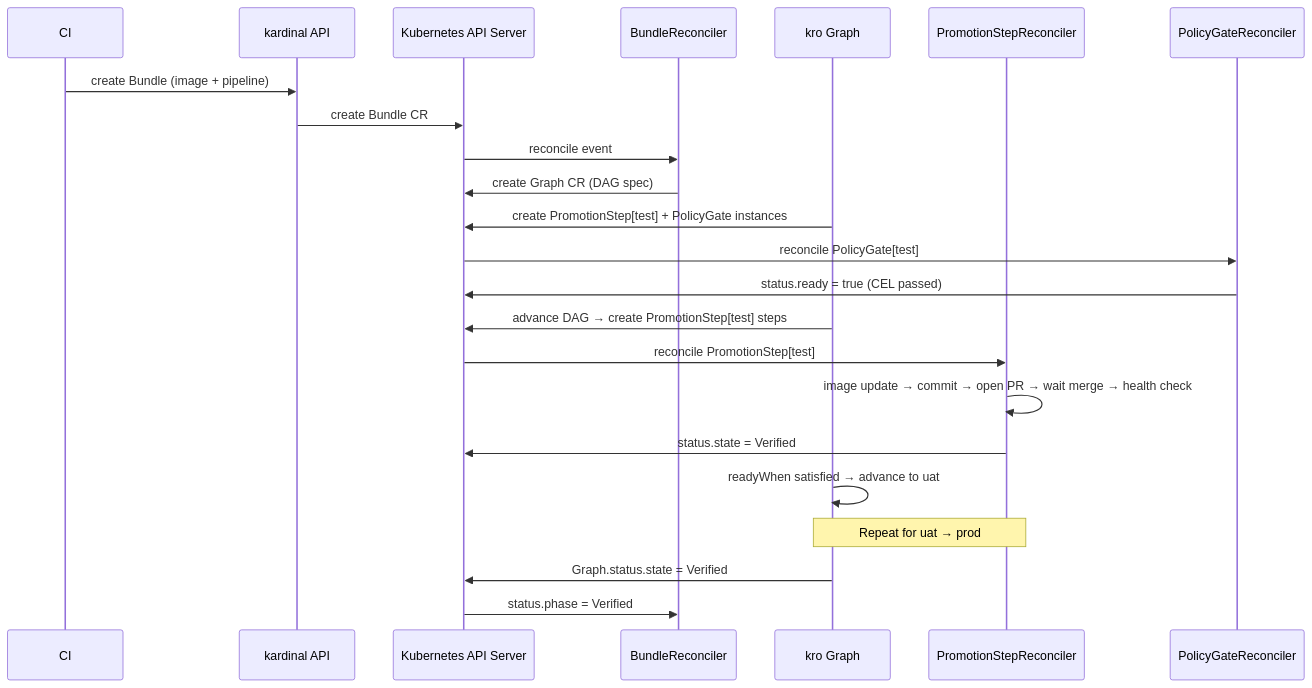
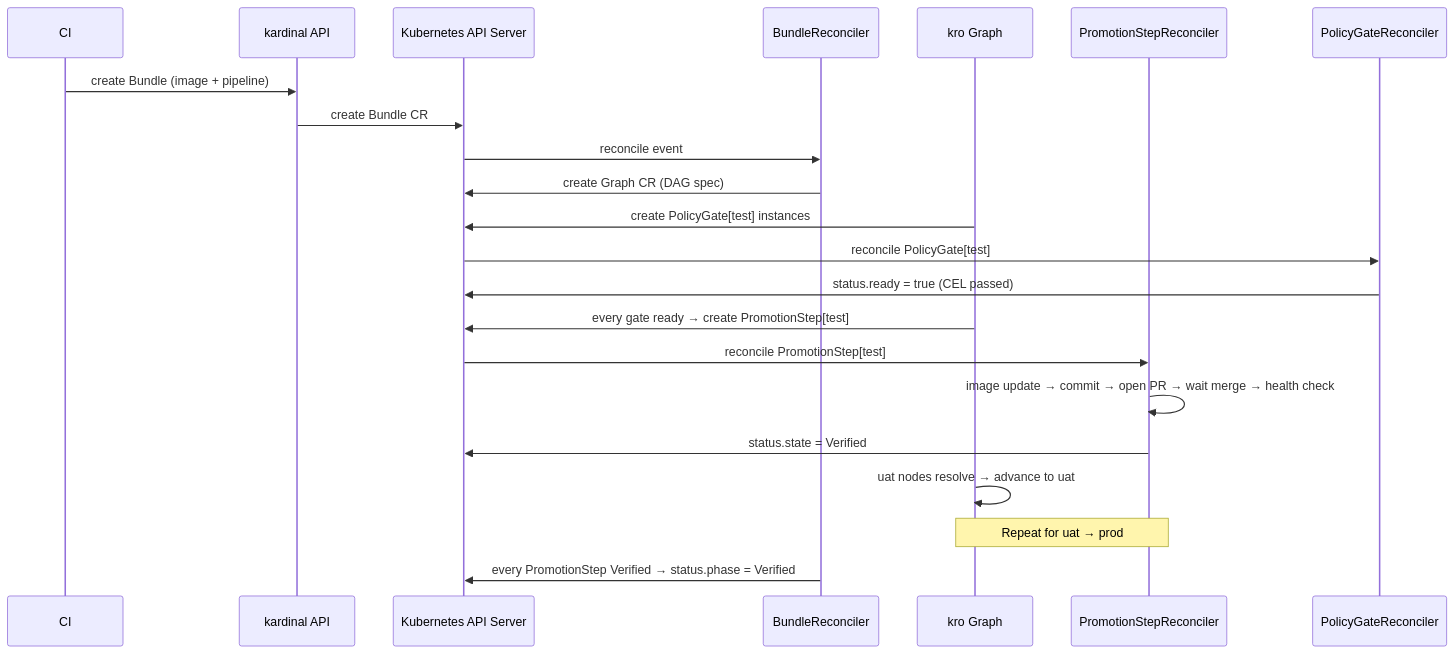
The second of 2 diagrams in docs/architecture.md (pnz1990/kardinal-promoter), drawn with Mermaid before and after one commit. The commit also changed other lines of this file and 7 other files, not shown here.

````diff
--- a/docs/architecture.md
+++ b/docs/architecture.md
@@ -157,26 +159,25 @@
 ```mermaid
 sequenceDiagram
     participant CI
     participant API as kardinal API
     participant K8s as Kubernetes API Server
     participant Bundle as BundleReconciler
     participant kro as kro Graph
     participant PS as PromotionStepReconciler
     participant PG as PolicyGateReconciler
 
     CI->>API: create Bundle (image + pipeline)
     API->>K8s: create Bundle CR
     K8s->>Bundle: reconcile event
     Bundle->>K8s: create Graph CR (DAG spec)
-    kro->>K8s: create PromotionStep[test] + PolicyGate instances
+    kro->>K8s: create PolicyGate[test] instances
     K8s->>PG: reconcile PolicyGate[test]
     PG->>K8s: status.ready = true (CEL passed)
-    kro->>K8s: advance DAG → create PromotionStep[test] steps
+    kro->>K8s: every gate ready → create PromotionStep[test]
     K8s->>PS: reconcile PromotionStep[test]
     PS->>PS: image update → commit → open PR → wait merge → health check
     PS->>K8s: status.state = Verified
-    kro->>kro: readyWhen satisfied → advance to uat
+    kro->>kro: uat nodes resolve → advance to uat
     Note over kro,PS: Repeat for uat → prod
-    kro->>K8s: Graph.status.state = Verified
-    K8s->>Bundle: status.phase = Verified
+    Bundle->>K8s: every PromotionStep Verified → status.phase = Verified
 ```
````
